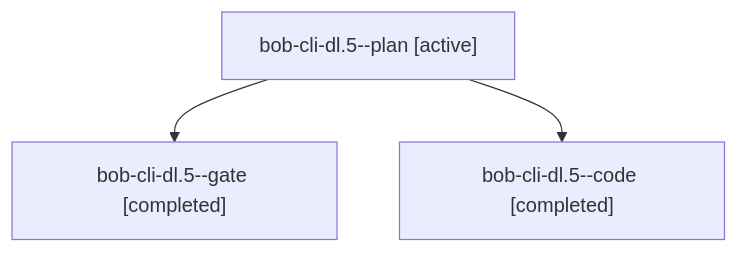
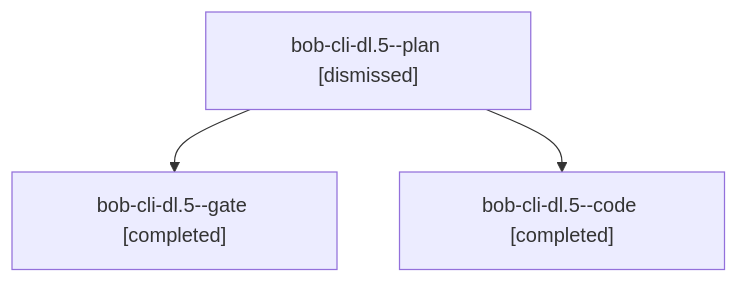
One commit to bobs-org/bob-cli--agents changed the diagram in sessions/bbugyi200.apollo.bob-cli-dl.5.md. Above: the diagram before and after it, drawn with Mermaid. The commit also changed other lines of this file and 222 other files, not shown here.

````diff
--- a/sessions/bbugyi200.apollo.bob-cli-dl.5.md
+++ b/sessions/bbugyi200.apollo.bob-cli-dl.5.md
@@ -9,8 +9,8 @@
 ```mermaid
 flowchart TD
-  n0["bob-cli-dl.5--plan [active]"]
+  n0["bob-cli-dl.5--plan [dismissed]"]
   n1["bob-cli-dl.5--gate [completed]"]
   n0 --> n1
   n2["bob-cli-dl.5--code [completed]"]
   n0 --> n2
 ```
````
